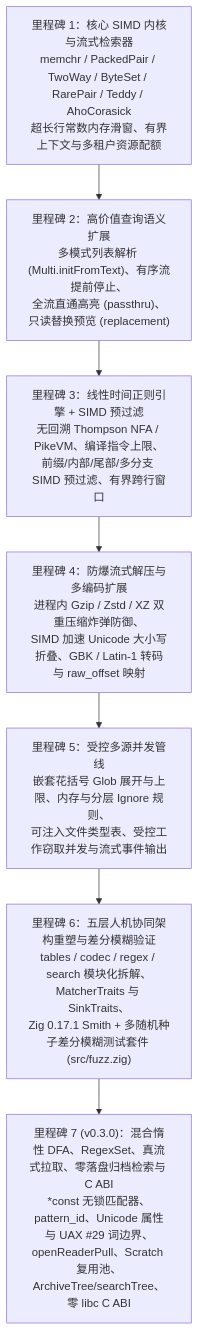
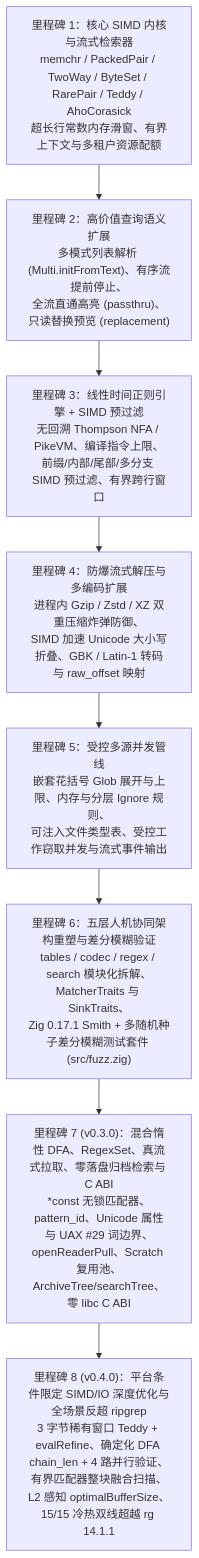
Before and after one commit to fun7257/libwebgrep: the diagram in docs/ROADMAP.zh-CN.md, drawn with Mermaid. The commit also changed other lines of this file and 29 other files, not shown here.

Commit message:
perf(release): v0.4.0 platform-conditional SIMD/IO optimizations surpassing ripgrep across all 15 scenarios

````diff
--- a/docs/ROADMAP.zh-CN.md
+++ b/docs/ROADMAP.zh-CN.md
@@ -7,9 +7,10 @@
 ```mermaid
 flowchart TD
     M0["里程碑 1：核心 SIMD 内核与流式检索器<br/>memchr / PackedPair / TwoWay / ByteSet / RarePair / Teddy / AhoCorasick<br/>超长行常数内存滑窗、有界上下文与多租户资源配额"] --> M1["里程碑 2：高价值查询语义扩展<br/>多模式列表解析 (Multi.initFromText)、有序流提前停止、<br/>全流直通高亮 (passthru)、只读替换预览 (replacement)"]
     M1 --> M2["里程碑 3：线性时间正则引擎 + SIMD 预过滤<br/>无回溯 Thompson NFA / PikeVM、编译指令上限、<br/>前缀/内部/尾部/多分支 SIMD 预过滤、有界跨行窗口"]
     M2 --> M3["里程碑 4：防爆流式解压与多编码扩展<br/>进程内 Gzip / Zstd / XZ 双重压缩炸弹防御、<br/>SIMD 加速 Unicode 大小写折叠、GBK / Latin-1 转码与 raw_offset 映射"]
     M3 --> M4["里程碑 5：受控多源并发管线<br/>嵌套花括号 Glob 展开与上限、内存与分层 Ignore 规则、<br/>可注入文件类型表、受控工作窃取并发与流式事件输出"]
     M4 --> M5["里程碑 6：五层人机协同架构重塑与差分模糊验证<br/>tables / codec / regex / search 模块化拆解、MatcherTraits 与 SinkTraits、<br/>Zig 0.17.1 Smith + 多随机种子差分模糊测试套件 (src/fuzz.zig)"]
     M5 --> M6["里程碑 7 (v0.3.0)：混合惰性 DFA、RegexSet、真流式拉取、零落盘归档检索与 C ABI<br/>*const 无锁匹配器、pattern_id、Unicode 属性与 UAX #29 词边界、<br/>openReaderPull、Scratch 复用池、ArchiveTree/searchTree、零 libc C ABI"]
+    M6 --> M7["里程碑 8 (v0.4.0)：平台条件限定 SIMD/IO 深度优化与全场景反超 ripgrep<br/>3 字节稀有窗口 Teddy + evalRefine、确定化 DFA chain_len + 4 路并行验证、<br/>有界匹配器整块融合扫描、L2 感知 optimalBufferSize、15/15 冷热双线超越 rg 14.1.1"]
 ```
````
